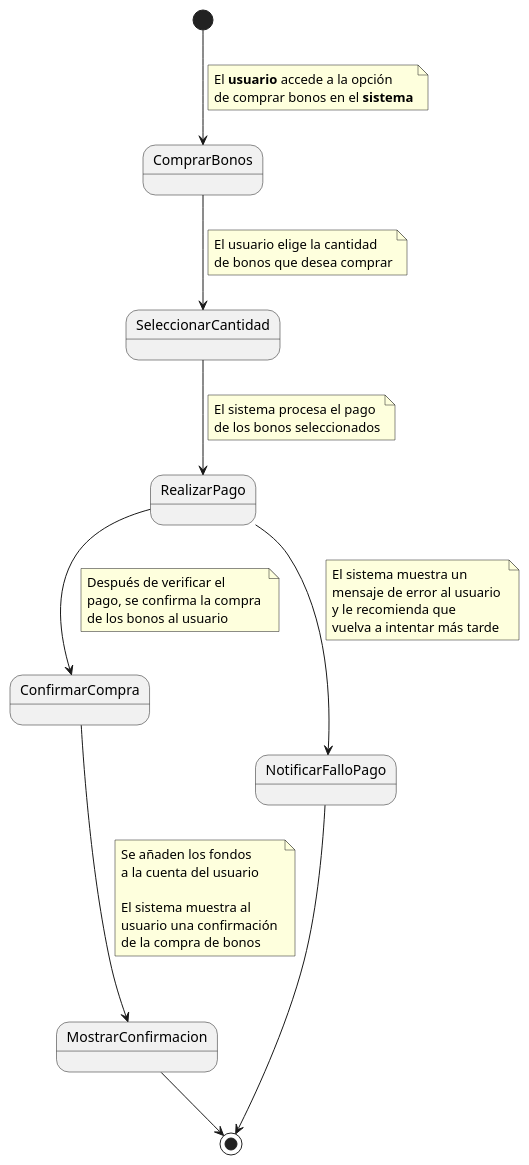
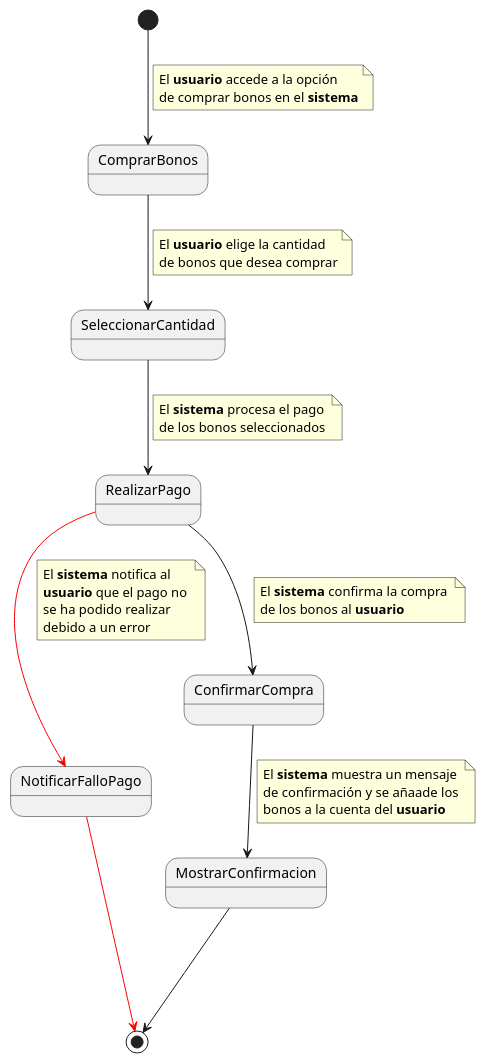
The diagram in CasosDeUso/CduDetallados/CduPagos/ComprarBonos.puml (pablarce/23-24-IdSw1-SDR), drawn with PlantUML before and after one commit.

Commit message:
Cambios a CDU ComprarBonos

```diff
--- a/CasosDeUso/CduDetallados/CduPagos/ComprarBonos.puml
+++ b/CasosDeUso/CduDetallados/CduPagos/ComprarBonos.puml
@@ -1,50 +1,46 @@
 @startuml
 
 [*] --> ComprarBonos
 note on link
  El **usuario** accede a la opción 
  de comprar bonos en el **sistema**
 end note
 
 ComprarBonos --> SeleccionarCantidad
 note on link
- El usuario elige la cantidad 
+ El **usuario** elige la cantidad 
  de bonos que desea comprar
 end note
 
 SeleccionarCantidad --> RealizarPago
 note on link
- El sistema procesa el pago 
+ El **sistema** procesa el pago 
  de los bonos seleccionados
 end note
 
 RealizarPago --> ConfirmarCompra
 note on link
- Después de verificar el 
- pago, se confirma la compra 
- de los bonos al usuario
+    El **sistema** confirma la compra 
+    de los bonos al **usuario**
 end note
 
-ConfirmarCompra ---> MostrarConfirmacion
+ConfirmarCompra --> MostrarConfirmacion
 note  on  link
-Se añaden los fondos 
-a la cuenta del usuario
-
-El sistema muestra al 
-usuario una confirmación 
-de la compra de bonos
+    El **sistema** muestra un mensaje 
+    de confirmación y se añaade los
+    bonos a la cuenta del **usuario**
 end note
 
-RealizarPago --> NotificarFalloPago
+RealizarPago -[#red]-> NotificarFalloPago
 note on link
-El sistema muestra un 
-mensaje de error al usuario 
-y le recomienda que 
-vuelva a intentar más tarde
+    El **sistema** notifica al 
+    **usuario** que el pago no 
+    se ha podido realizar
+    debido a un error
 end note
 
-NotificarFalloPago --> [*]
+NotificarFalloPago -[#red]> [*]
 
-MostrarConfirmacion --> [*]
+MostrarConfirmacion ---> [*]
 
 @enduml
```
